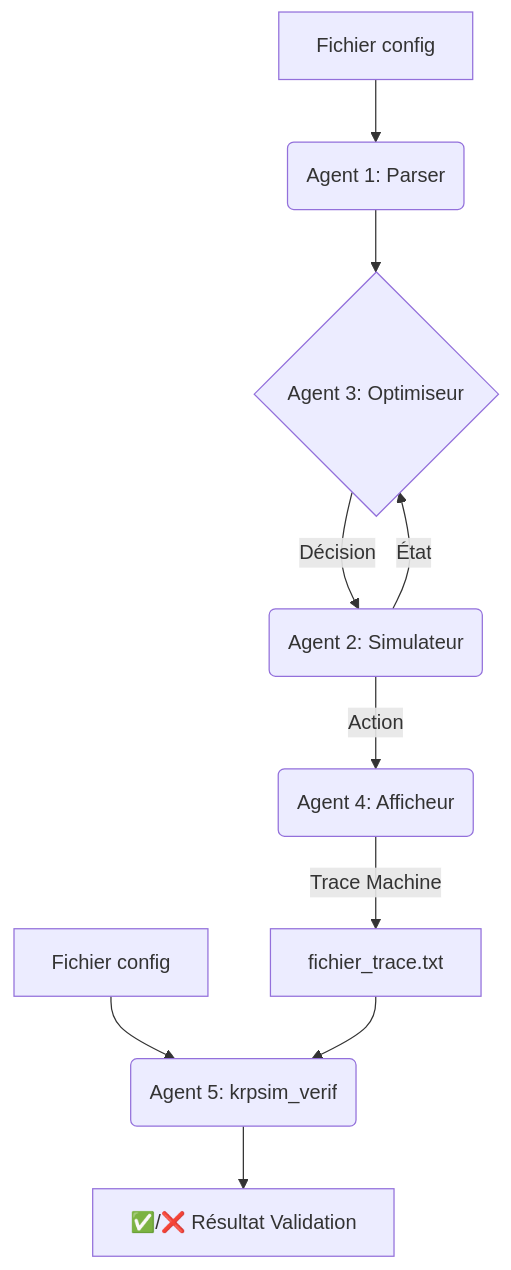
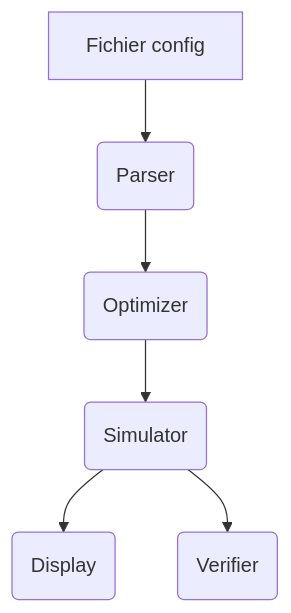
Before and after one commit to raveriss/krpsim: the diagram in README.md, drawn with Mermaid. The commit also changed other lines of this file, not shown here.

````diff
--- a/README.md
+++ b/README.md
@@ -49,12 +106,8 @@
 ```mermaid
 graph TD
-    A[Fichier config] --> B(Agent 1: Parser)
-    B --> C{Agent 3: Optimiseur}
-    C -- Décision --> D(Agent 2: Simulateur)
-    D -- État --> C
-    D -- Action --> E(Agent 4: Afficheur)
-    E -- Trace Machine --> F[fichier_trace.txt]
-    G[Fichier config] --> H(Agent 5: krpsim_verif)
-    F --> H
-    H --> I[✅/❌ Résultat Validation]
+    A[Fichier config] --> B(Parser)
+    B --> C(Optimizer)
+    C --> D(Simulator)
+    D --> E(Display)
+    D --> F(Verifier)
 ```
````
